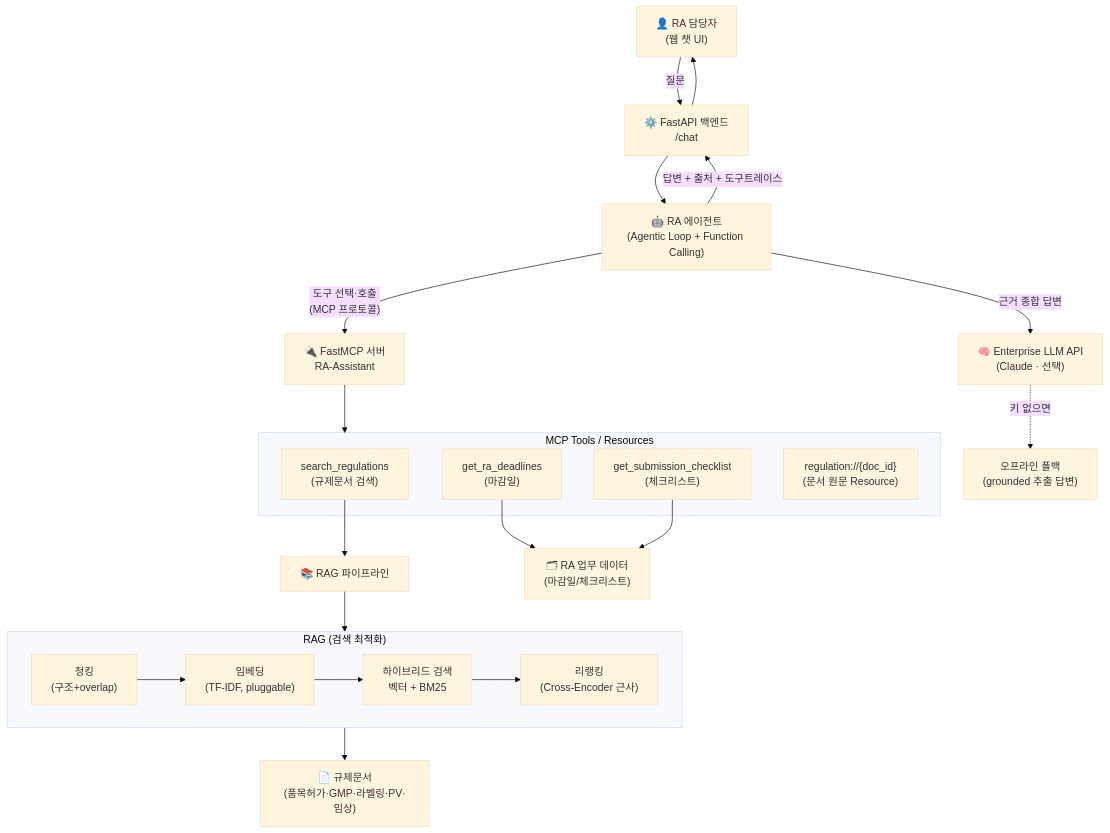
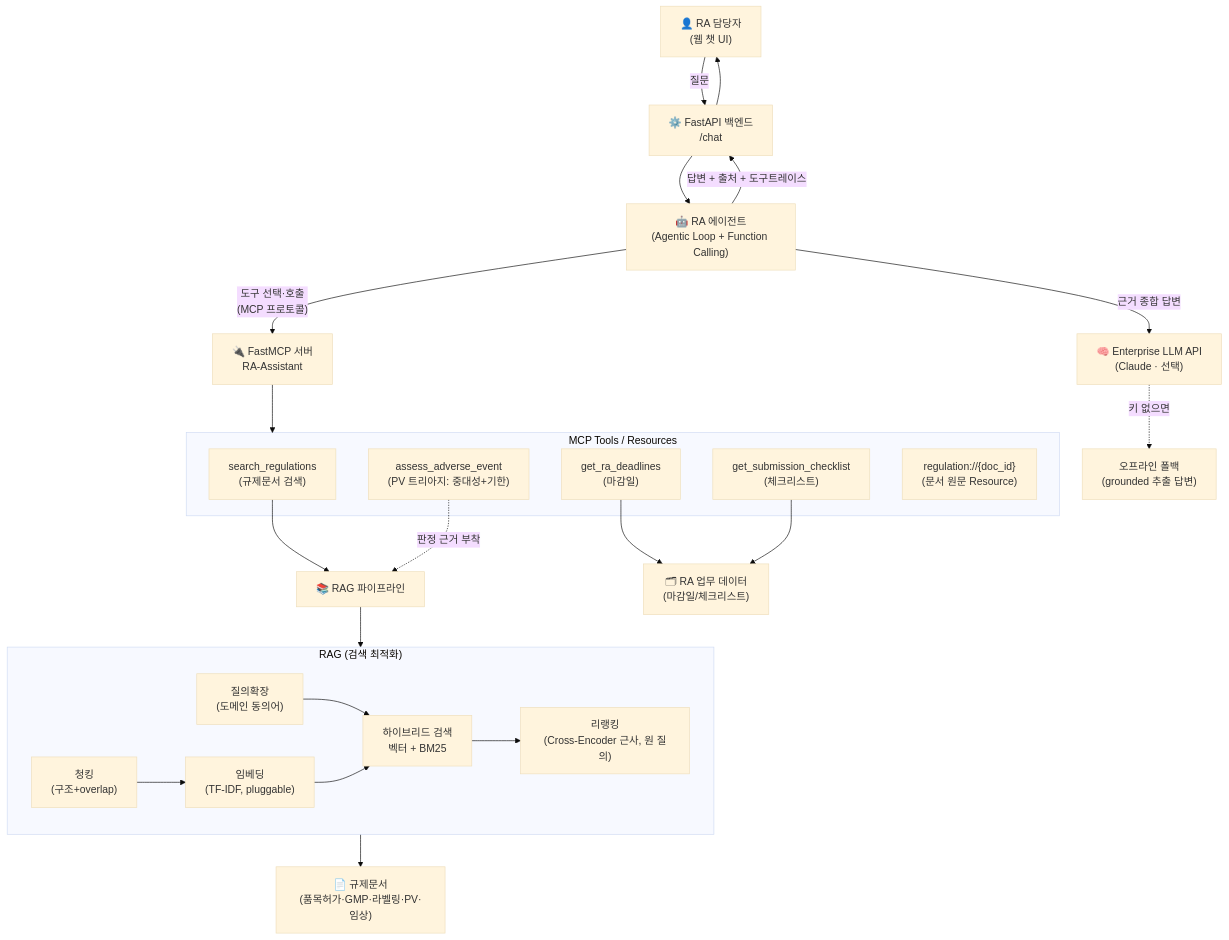
The diagram in project/README.md (chaeyoo/letsgogc), drawn with Mermaid (base theme) before and after one commit. The commit also changed other lines of this file and 16 other files, not shown here.

First line of the commit message:
PV 업무 심화: AE 트리아지 도구·PII 비식별화·질의확장 + 면접노트 보강

````diff
--- a/project/README.md
+++ b/project/README.md
@@ -39,32 +42,35 @@
 ```mermaid
 flowchart TB
     U["👤 RA 담당자<br/>(웹 챗 UI)"] -->|질문| API["⚙️ FastAPI 백엔드<br/>/chat"]
     API --> AG["🤖 RA 에이전트<br/>(Agentic Loop + Function Calling)"]
 
     AG -->|"도구 선택·호출<br/>(MCP 프로토콜)"| MCP["🔌 FastMCP 서버<br/>RA-Assistant"]
 
     subgraph MCP_TOOLS["MCP Tools / Resources"]
         T1["search_regulations<br/>(규제문서 검색)"]
         T2["get_ra_deadlines<br/>(마감일)"]
         T3["get_submission_checklist<br/>(체크리스트)"]
+        T4["assess_adverse_event<br/>(PV 트리아지: 중대성+기한)"]
         R1["regulation://{doc_id}<br/>(문서 원문 Resource)"]
     end
     MCP --> MCP_TOOLS
 
     T1 --> RAG["📚 RAG 파이프라인"]
+    T4 -.->|"판정 근거 부착"| RAG
     subgraph RAG_PIPE["RAG (검색 최적화)"]
         C1["청킹<br/>(구조+overlap)"] --> C2["임베딩<br/>(TF-IDF, pluggable)"]
-        C2 --> C3["하이브리드 검색<br/>벡터 + BM25"]
-        C3 --> C4["리랭킹<br/>(Cross-Encoder 근사)"]
+        C0["질의확장<br/>(도메인 동의어)"] --> C3["하이브리드 검색<br/>벡터 + BM25"]
+        C2 --> C3
+        C3 --> C4["리랭킹<br/>(Cross-Encoder 근사, 원 질의)"]
     end
     RAG --> RAG_PIPE
     RAG_PIPE --> DOCS["📄 규제문서<br/>(품목허가·GMP·라벨링·PV·임상)"]
 
     T2 --> DB["🗂 RA 업무 데이터<br/>(마감일/체크리스트)"]
     T3 --> DB
 
     AG -->|"근거 종합 답변"| LLM["🧠 Enterprise LLM API<br/>(Claude · 선택)"]
     LLM -.->|"키 없으면"| FB["오프라인 폴백<br/>(grounded 추출 답변)"]
 
     AG -->|"답변 + 출처 + 도구트레이스"| API --> U
 ```
````
